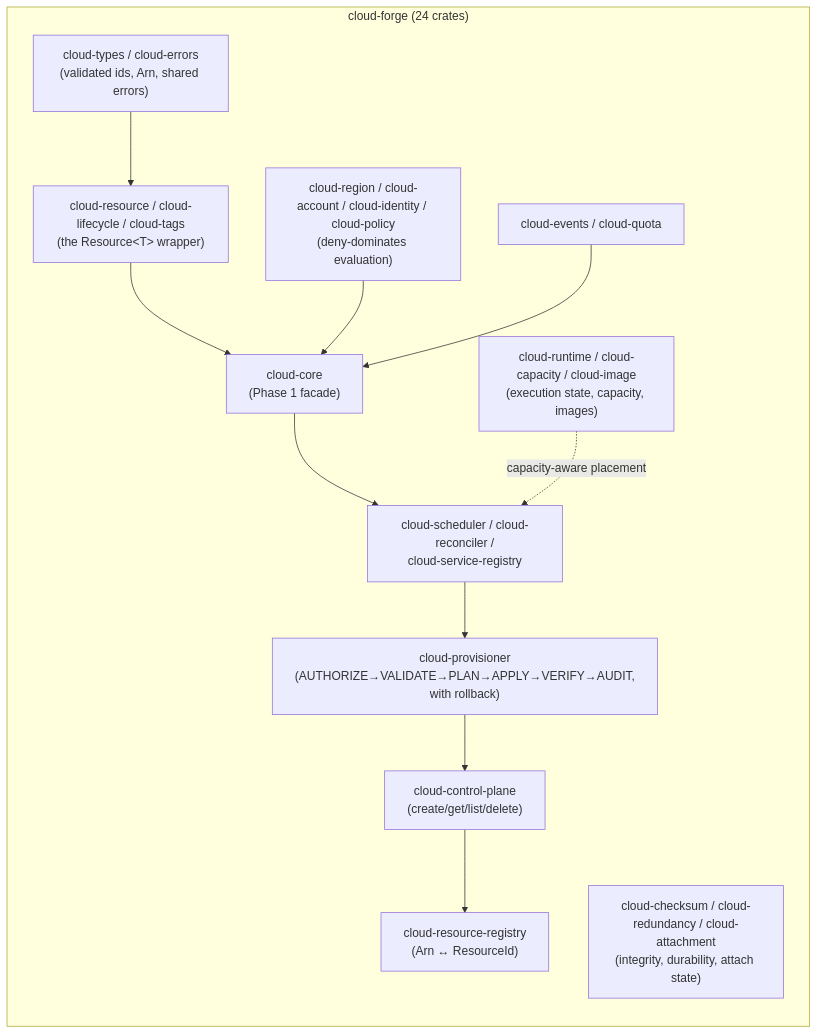
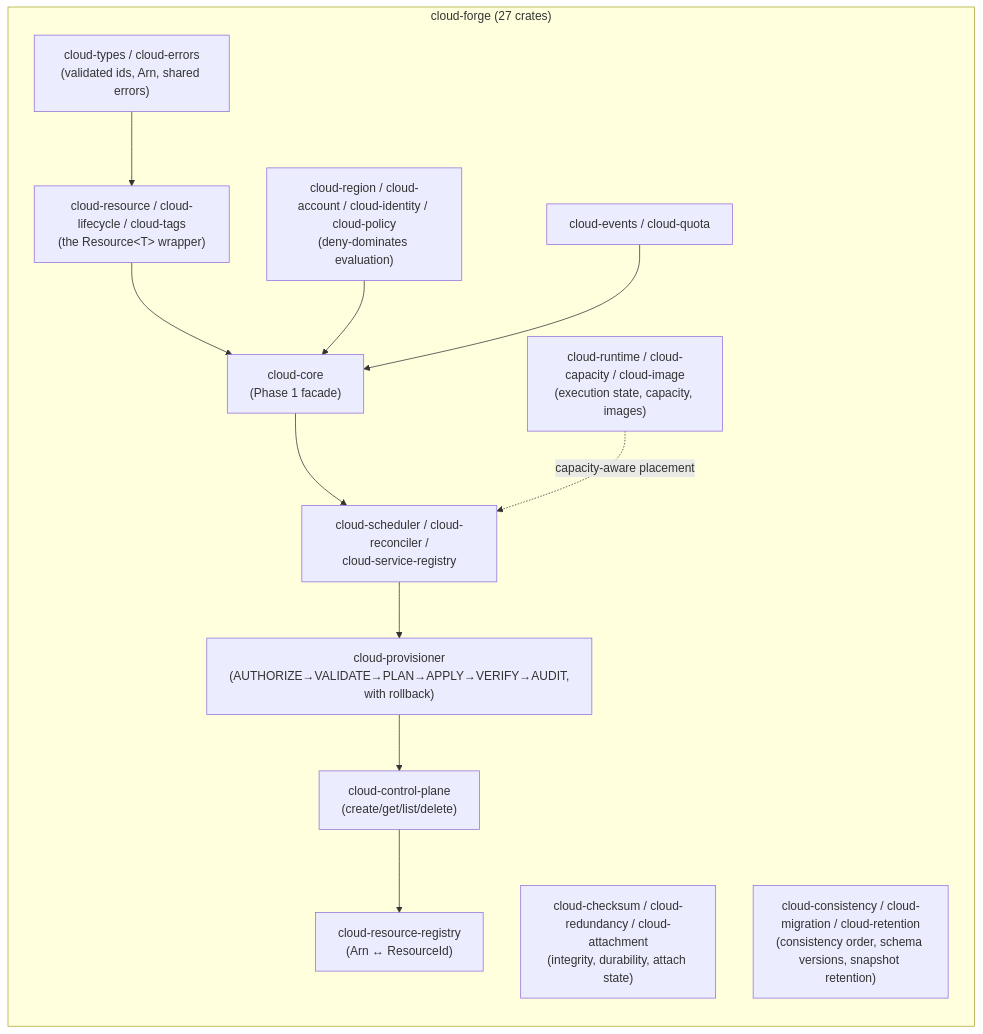
Before and after one commit to SNAPKITTYAGENT9NOVA/tlm-jxcl-forge: the fifth of 5 diagrams in README.md, drawn with Mermaid. The commit also changed other lines of this file and 9 other files, not shown here.

First line of the commit message:
cloud-forge: Phase 6, database primitives

````diff
--- a/README.md
+++ b/README.md
@@ -403,23 +405,24 @@
 ```mermaid
 flowchart LR
-    subgraph cf["cloud-forge (24 crates)"]
+    subgraph cf["cloud-forge (27 crates)"]
         direction TB
         types["cloud-types / cloud-errors<br/>(validated ids, Arn, shared errors)"]
         model["cloud-resource / cloud-lifecycle / cloud-tags<br/>(the Resource&lt;T&gt; wrapper)"]
         access["cloud-region / cloud-account / cloud-identity / cloud-policy<br/>(deny-dominates evaluation)"]
         ops["cloud-events / cloud-quota"]
         core["cloud-core<br/>(Phase 1 facade)"]
         control["cloud-scheduler / cloud-reconciler /<br/>cloud-service-registry"]
         pipeline["cloud-provisioner<br/>(AUTHORIZE→VALIDATE→PLAN→APPLY→VERIFY→AUDIT,<br/>with rollback)"]
         plane["cloud-control-plane<br/>(create/get/list/delete)"]
         names["cloud-resource-registry<br/>(Arn ↔ ResourceId)"]
         compute["cloud-runtime / cloud-capacity / cloud-image<br/>(execution state, capacity, images)"]
         storage["cloud-checksum / cloud-redundancy / cloud-attachment<br/>(integrity, durability, attach state)"]
+        database["cloud-consistency / cloud-migration / cloud-retention<br/>(consistency order, schema versions, snapshot retention)"]
         types --> model --> core
         access --> core
         ops --> core
         core --> control --> pipeline --> plane
         plane --> names
         compute -.capacity-aware placement.-> control
     end
 ```
````
